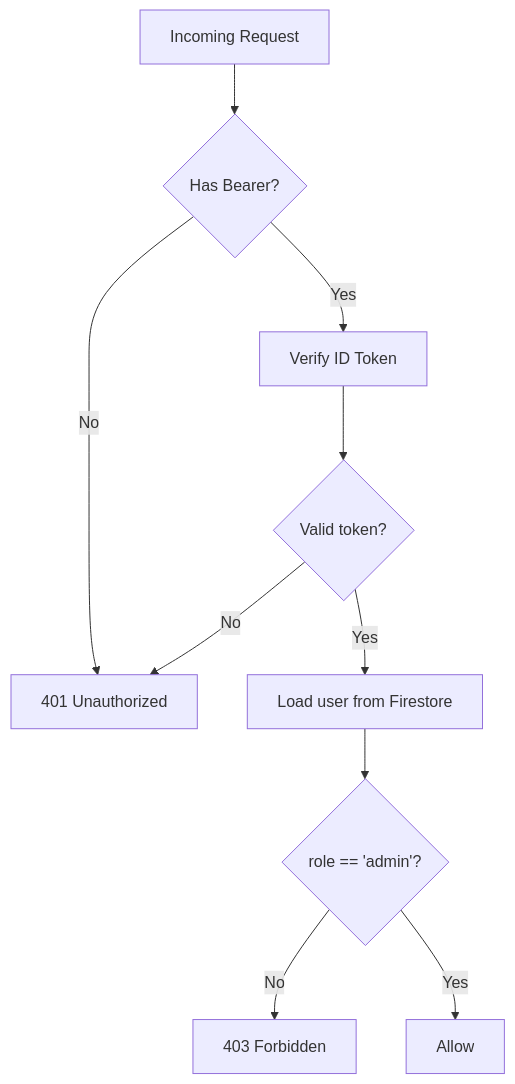
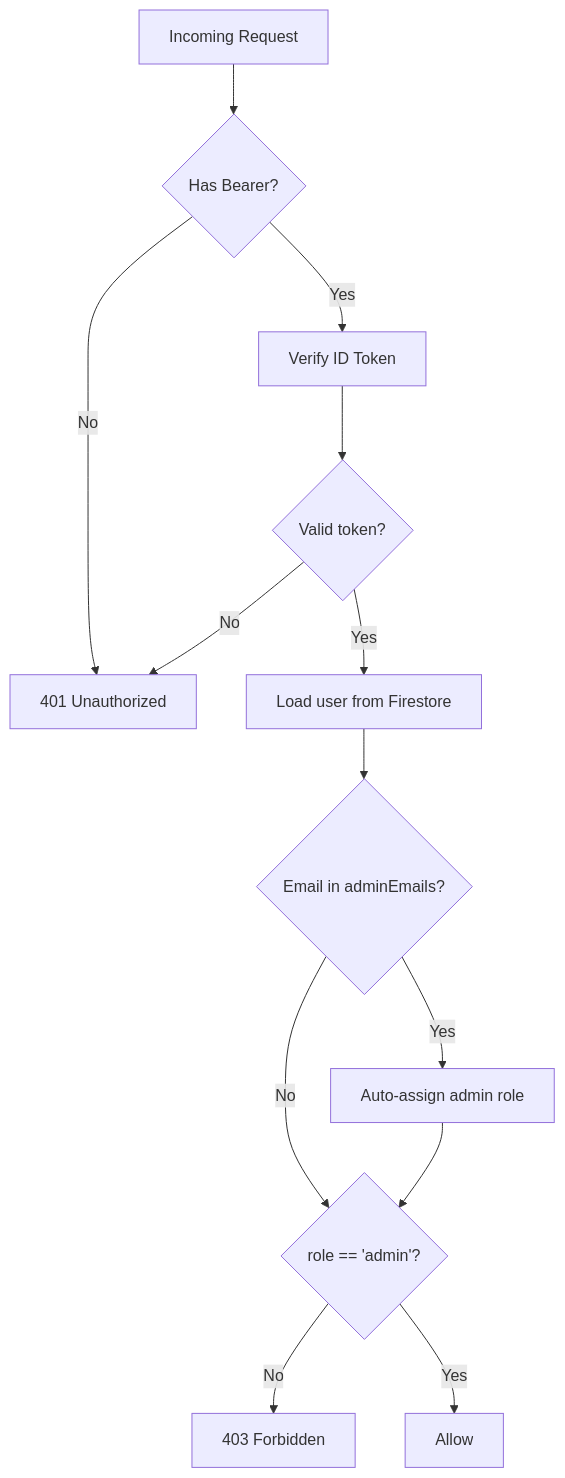
The seventh of 8 diagrams in .qoder/repowiki/en/content/Admin Panel/Admin Panel.md (alikizang/datafrica), drawn with Mermaid before and after one commit. The commit also changed other lines of this file and 15 other files, not shown here.

````diff
--- a/.qoder/repowiki/en/content/Admin Panel/Admin Panel.md
+++ b/.qoder/repowiki/en/content/Admin Panel/Admin Panel.md
@@ -296,12 +332,15 @@
 ```mermaid
 flowchart TD
 Req["Incoming Request"] --> HasHeader{"Has Bearer?"}
 HasHeader --> |No| Unauthorized["401 Unauthorized"]
 HasHeader --> |Yes| Verify["Verify ID Token"]
 Verify --> Valid{"Valid token?"}
 Valid --> |No| Unauthorized
 Valid --> |Yes| LoadUser["Load user from Firestore"]
-LoadUser --> Role{"role == 'admin'?"}
+LoadUser --> CheckAdminEmails{"Email in adminEmails?"}
+CheckAdminEmails --> |Yes| AutoAssign["Auto-assign admin role"]
+CheckAdminEmails --> |No| Role{"role == 'admin'?"}
+AutoAssign --> Role
 Role --> |No| Forbidden["403 Forbidden"]
 Role --> |Yes| OK["Allow"]
 ```
````
